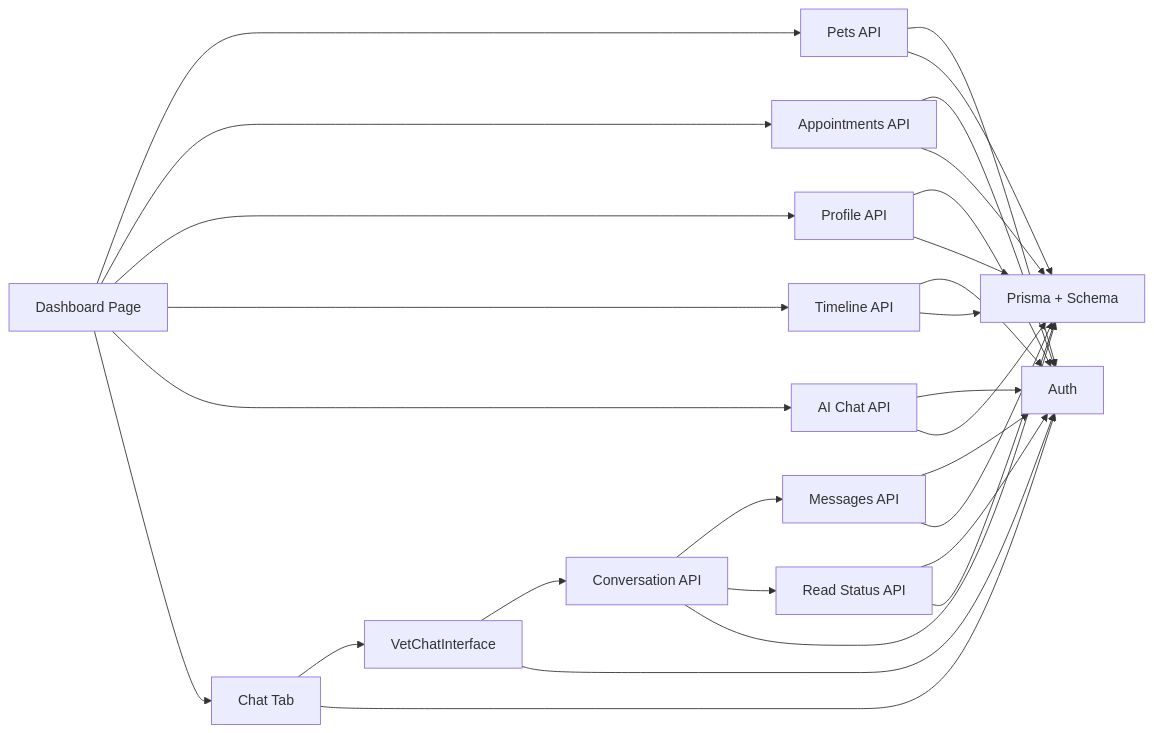
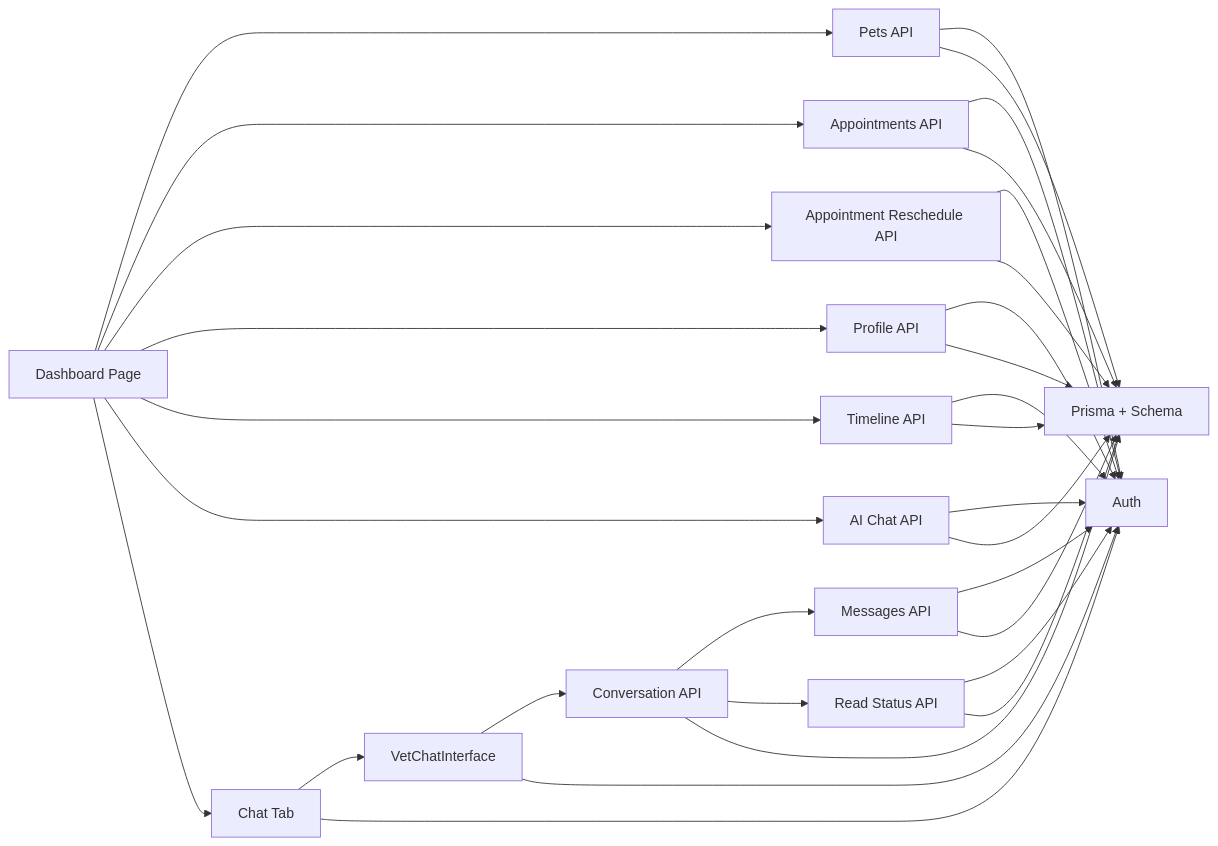
The third of 3 diagrams in .qoder/repowiki/en/content/User Dashboards/Pet Owner Dashboard.md (Javeria-Javaid/ai-powered-pet-healthcare-ecosystem), drawn with Mermaid before and after one commit. The commit also changed other lines of this file and 38 other files, not shown here.

Commit message:
Update appointment management API and dashboard features

````diff
--- a/.qoder/repowiki/en/content/User Dashboards/Pet Owner Dashboard.md
+++ b/.qoder/repowiki/en/content/User Dashboards/Pet Owner Dashboard.md
@@ -350,30 +354,33 @@
 ```mermaid
 graph LR
 D["Dashboard Page"] --> P["Pets API"]
 D --> A["Appointments API"]
+D --> AR["Appointment Reschedule API"]
 D --> R["Profile API"]
 D --> T["Timeline API"]
 D --> C["AI Chat API"]
 D --> CH["Chat Tab"]
 CH --> VCI["VetChatInterface"]
 VCI --> CA["Conversation API"]
 CA --> M["Messages API"]
 CA --> RD["Read Status API"]
 P --> AUTH["Auth"]
 A --> AUTH
+AR --> AUTH
 R --> AUTH
 T --> AUTH
 C --> AUTH
 CH --> AUTH
 VCI --> AUTH
 M --> AUTH
 RD --> AUTH
 P --> DB["Prisma + Schema"]
 A --> DB
+AR --> DB
 R --> DB
 T --> DB
 C --> DB
 CA --> DB
 M --> DB
 RD --> DB
 ```
````
